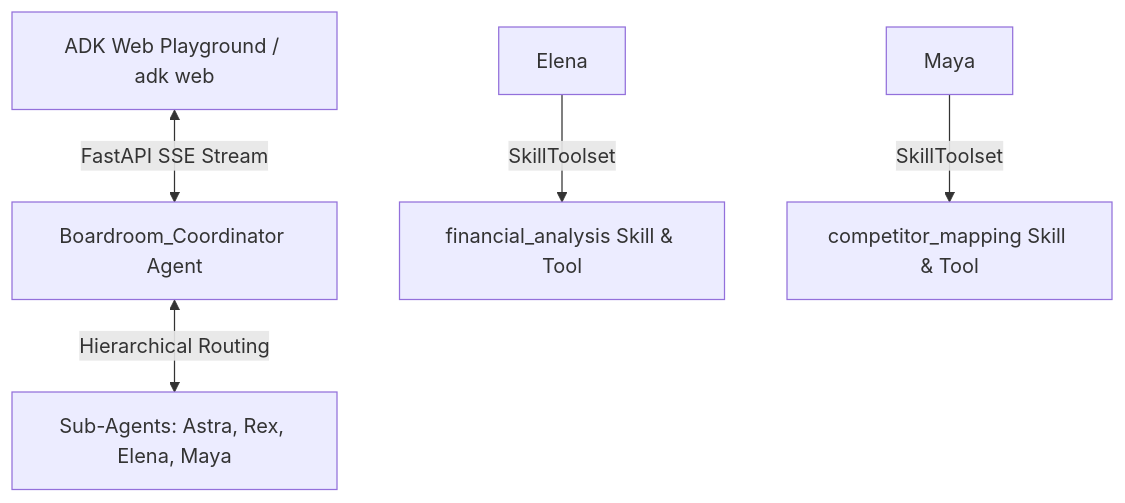
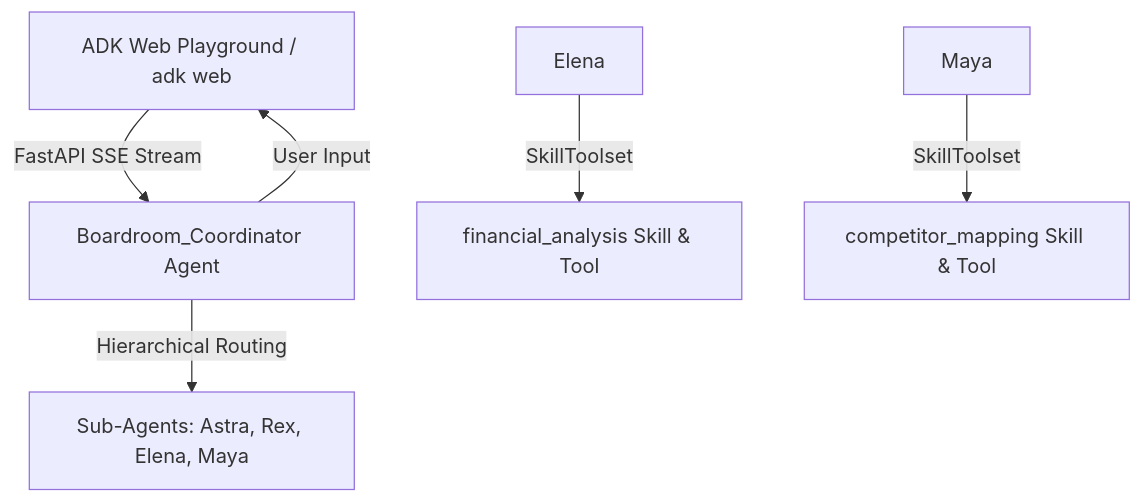
The second of 2 diagrams in README.md (rajeshreddy3299/VentureSandbox), drawn with Mermaid before and after one commit. The commit also changed other lines of this file, not shown here.

Commit message:
Fix Mermaid diagram syntax in README.md

````diff
--- a/README.md
+++ b/README.md
@@ -37,7 +36,8 @@
 ```mermaid
 graph TD
-    Playground[ADK Web Playground / adk web] <-->|FastAPI SSE Stream| Coord[Boardroom_Coordinator Agent]
-    Coord <-->|Hierarchical Routing| Sub[Sub-Agents: Astra, Rex, Elena, Maya]
+    Playground[ADK Web Playground / adk web] -->|FastAPI SSE Stream| Coord[Boardroom_Coordinator Agent]
+    Coord -->|User Input| Playground
+    Coord -->|Hierarchical Routing| Sub[Sub-Agents: Astra, Rex, Elena, Maya]
     Elena -->|SkillToolset| Fin[financial_analysis Skill & Tool]
     Maya -->|SkillToolset| Comp[competitor_mapping Skill & Tool]
 ```
````
